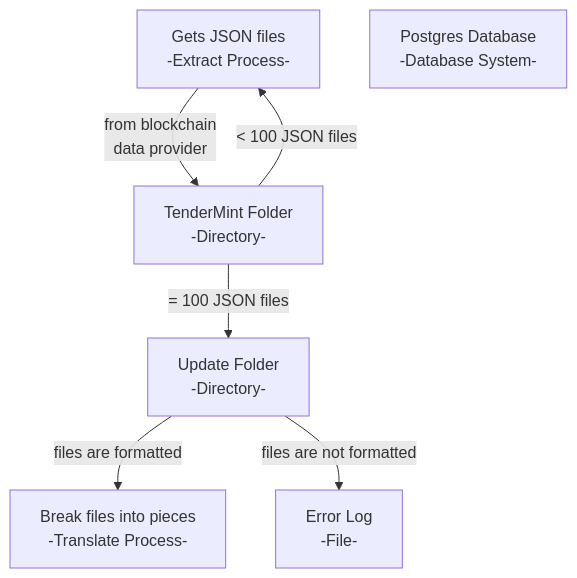
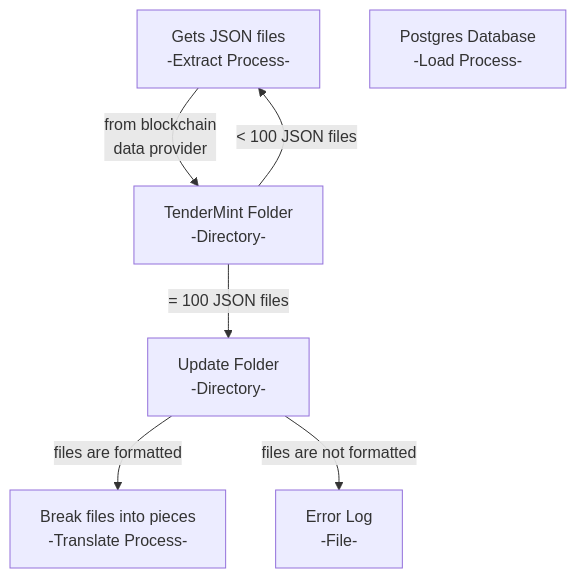
Before and after one commit to patmcfarland/one: the diagram in README.md, drawn with Mermaid.

````diff
--- a/README.md
+++ b/README.md
@@ -1,13 +1,13 @@
 ```mermaid
 flowchart TD
 A[Gets JSON files<br>-Extract Process-]
 A -- from blockchain<br>data provider --> B
 B[TenderMint Folder<br>-Directory-]
 B -- = 100 JSON files --> C[Update Folder<br>-Directory-]
 B -- < 100 JSON files --> A
 C -- files are formatted --> D
 D[Break files into pieces<br>-Translate Process-]
 C -- files are not formatted --> E
 E[Error Log<br>-File-]
-F[Postgres Database<br>-Database System-]
+F[Postgres Database<br>-Load Process-]
 ```
````
